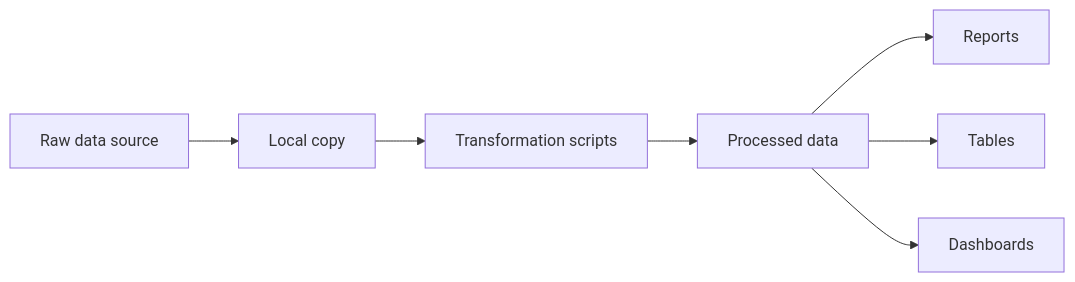
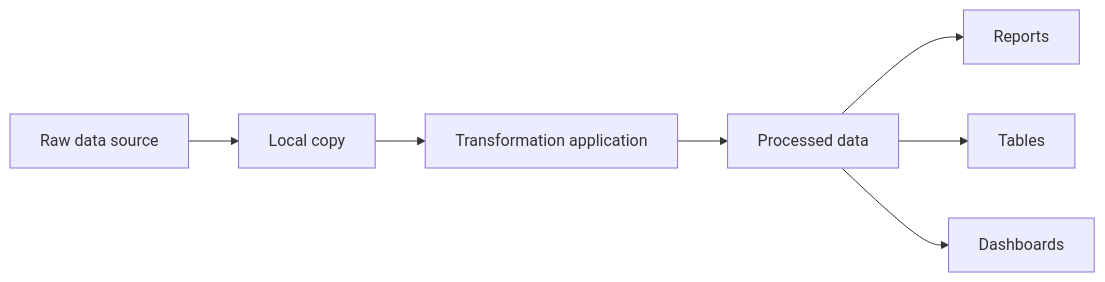
The second of 6 diagrams in content/post/rap-public-sector/index.md (shriv/shriv-portfolio), drawn with Mermaid before and after one commit. The commit also changed other lines of this file, not shown here.

```diff
--- a/content/post/rap-public-sector/index.md
+++ b/content/post/rap-public-sector/index.md
@@ -66,9 +67,9 @@
 {{< mermaid align="left" theme="neutral" >}}
 graph LR
 rd[Raw data source] --> lc[Local copy]
-lc --> pr1[Transformation scripts]
+lc --> pr1[Transformation application]
 pr1 --> pd[Processed data]
 pd --> rep[Reports]
 pd --> tab[Tables]
 pd --> db[Dashboards]
 {{< /mermaid >}}
```
